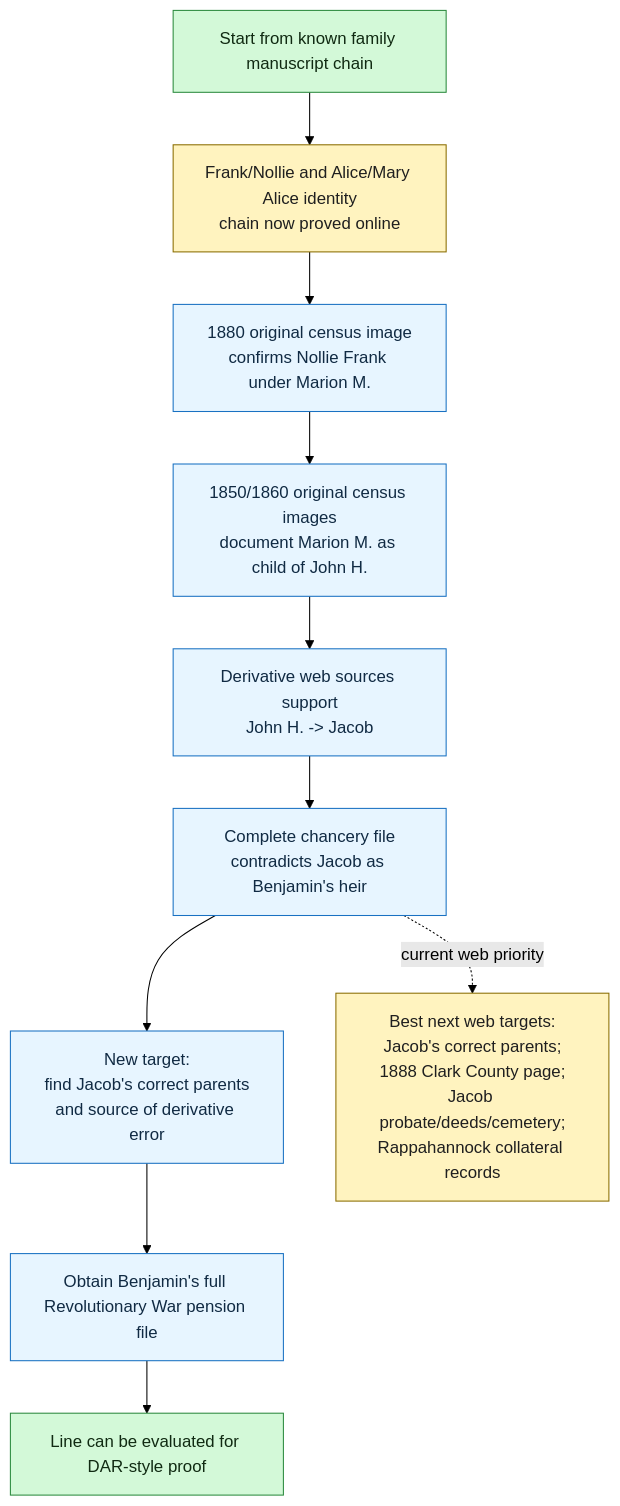
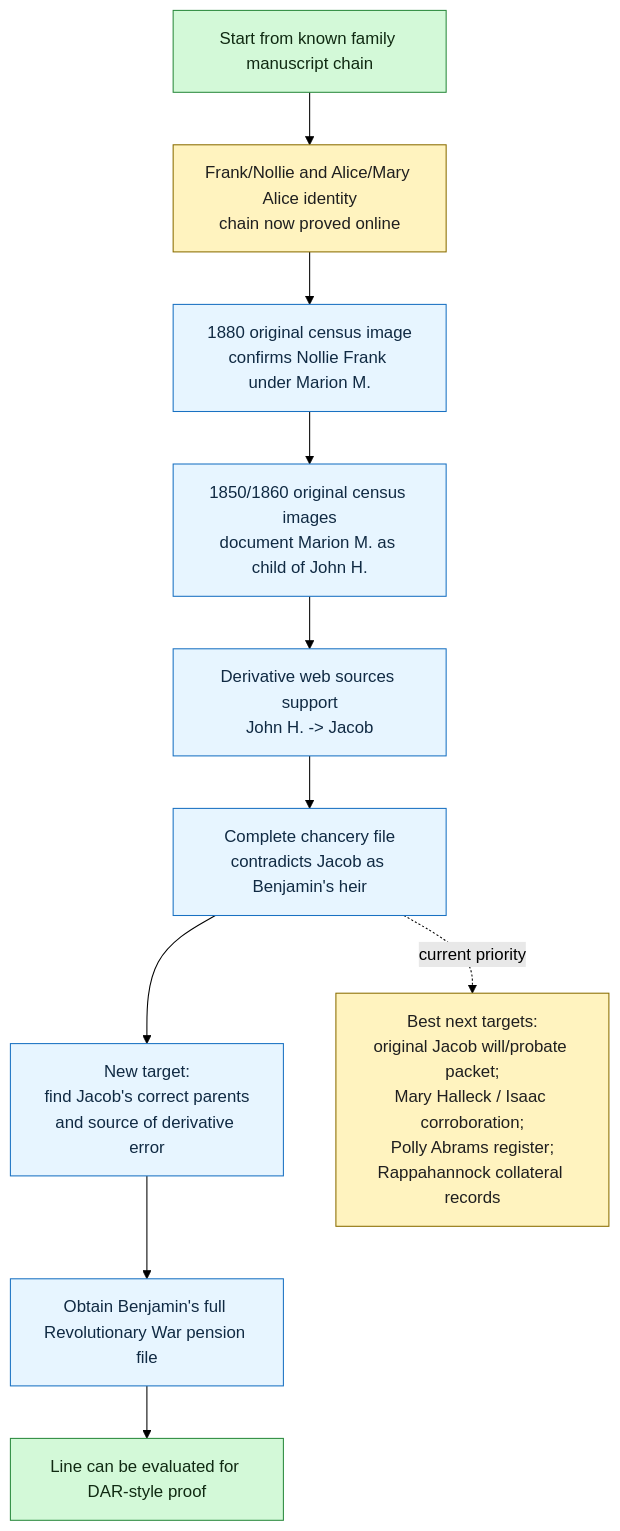
One commit to zcopley/copley-family-research changed the second of 2 diagrams in RQ-P1-PARTLOW-REVOLUTIONARY-LINE.md. Above: the diagram before and after it, drawn with Mermaid (forest theme). The commit also changed other lines of this file and 18 other files, not shown here.

Commit message:
Integrate Perrin Partlow biography and Jacob probate lead

````diff
--- a/RQ-P1-PARTLOW-REVOLUTIONARY-LINE.md
+++ b/RQ-P1-PARTLOW-REVOLUTIONARY-LINE.md
@@ -293,23 +317,23 @@
 ```mermaid
 flowchart TD
     A["Start from known family manuscript chain"]
     B["Frank/Nollie and Alice/Mary Alice identity<br/>chain now proved online"]
     C["1880 original census image<br/>confirms Nollie Frank under Marion M."]
     D["1850/1860 original census images<br/>document Marion M. as child of John H."]
     E["Derivative web sources support<br/>John H. -> Jacob"]
     F["Complete chancery file<br/>contradicts Jacob as Benjamin's heir"]
     G["New target:<br/>find Jacob's correct parents<br/>and source of derivative error"]
     I["Obtain Benjamin's full Revolutionary War pension file"]
     H["Line can be evaluated for DAR-style proof"]
 
     A --> B --> C --> D --> E --> F --> G --> I --> H
-    F -. "current web priority" .-> P["Best next web targets:<br/>Jacob's correct parents;<br/>1888 Clark County page;<br/>Jacob probate/deeds/cemetery;<br/>Rappahannock collateral records"]
+    F -. "current priority" .-> P["Best next targets:<br/>original Jacob will/probate packet;<br/>Mary Halleck / Isaac corroboration;<br/>Polly Abrams register;<br/>Rappahannock collateral records"]
 
     class A,H goal
     class B,P priority
     class C,D,E,F,G,I action
 
     classDef goal fill:#d3f9d8,stroke:#2b8a3e,color:#102a12;
     classDef priority fill:#fff3bf,stroke:#8a6d00,color:#1f1f1f;
     classDef action fill:#e7f5ff,stroke:#1971c2,color:#102a43;
 ```
````
